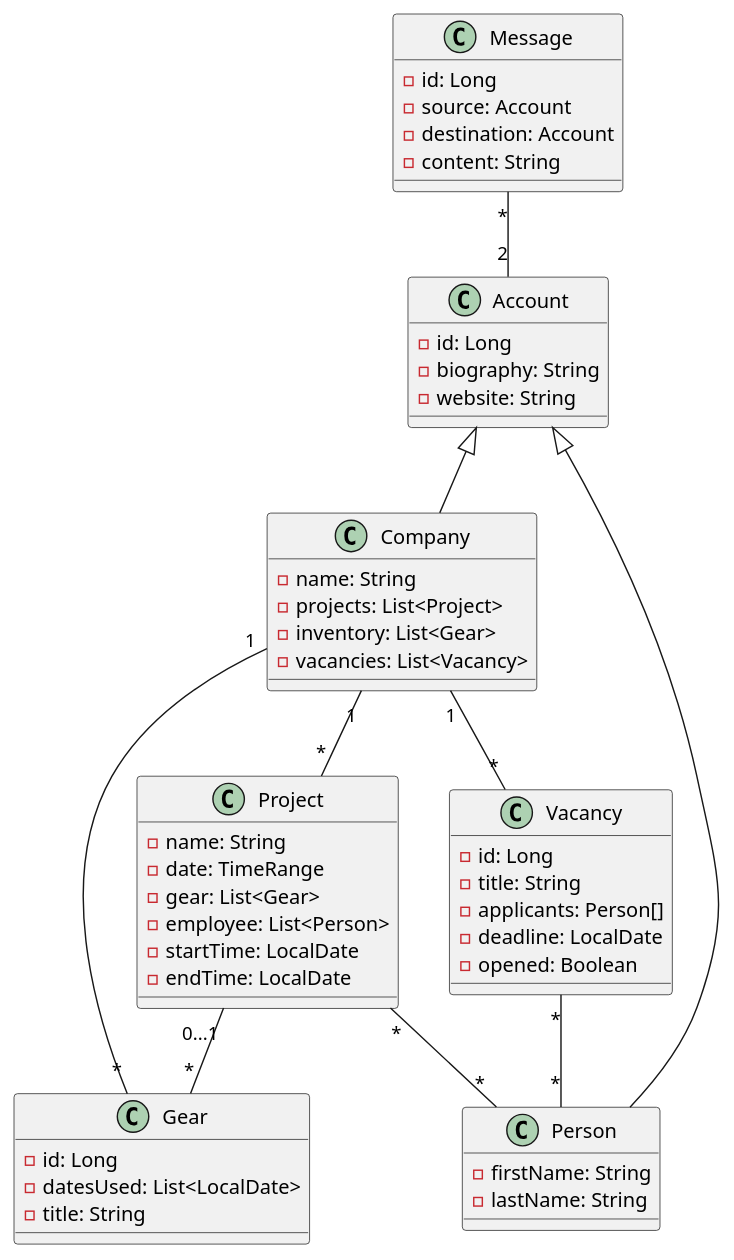
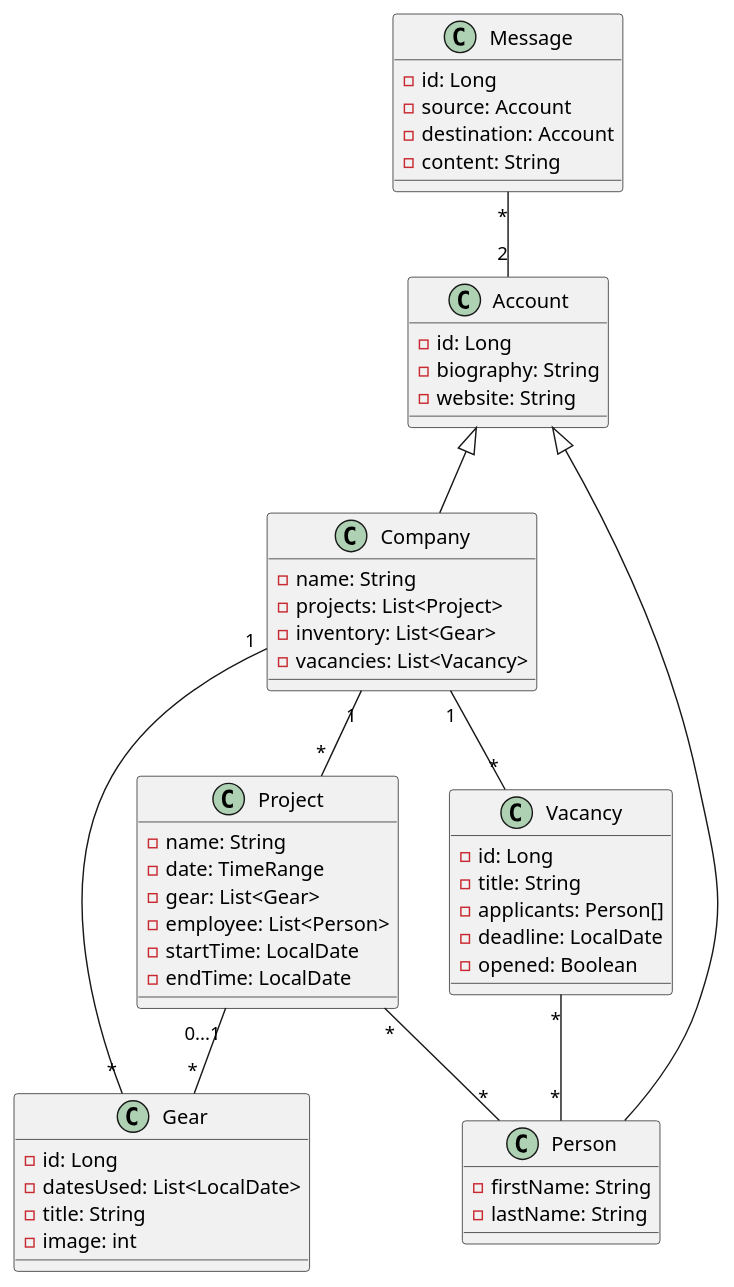
The diagram in cld/cld.puml (DirectorsView/documentation), drawn with PlantUML before and after one commit.

Commit message:
#11 add field image to gear

```diff
--- a/cld/cld.puml
+++ b/cld/cld.puml
@@ -1,61 +1,62 @@
 @startuml
 
 class Account {
 - id: Long
 - biography: String
 - website: String
 }
 
 class Company {
 - name: String
 - projects: List<Project>
 - inventory: List<Gear>
 - vacancies: List<Vacancy>
 }
 
 class Project {
 - name: String
 - date: TimeRange
 - gear: List<Gear>
 - employee: List<Person>
 - startTime: LocalDate
 - endTime: LocalDate
 }
 
 class Gear {
 - id: Long
 - datesUsed: List<LocalDate>
 - title: String
+- image: int
 }
 
 class Person {
 - firstName: String
 - lastName: String
 }
 
 class Vacancy {
 - id: Long
 - title: String
 - applicants: Person[]
 - deadline: LocalDate
 - opened: Boolean
 }
 
 class Message {
 - id: Long
 - source: Account
 - destination: Account
 - content: String
 }
 
 Account <|-- Company
 Account <|-- Person
 Company "1" -- "*" Project
 Company "1" -- "*" Vacancy
 Vacancy "*" -- "*"Person
 Message "*" -- "2" Account
 Project "0...1" -- "*" Gear
 Gear "*" -- "1" Company
 Project "*" -- "*" Person
 
 @enduml
```
